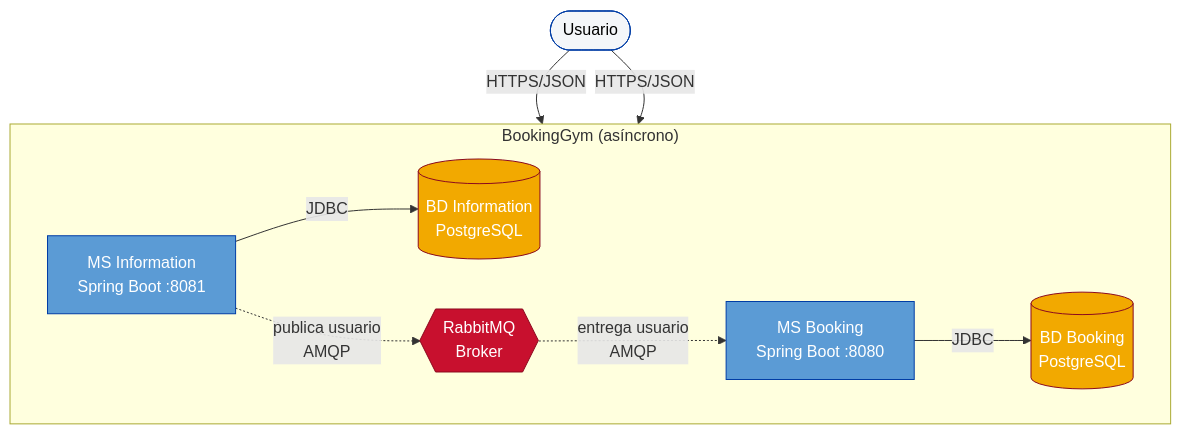
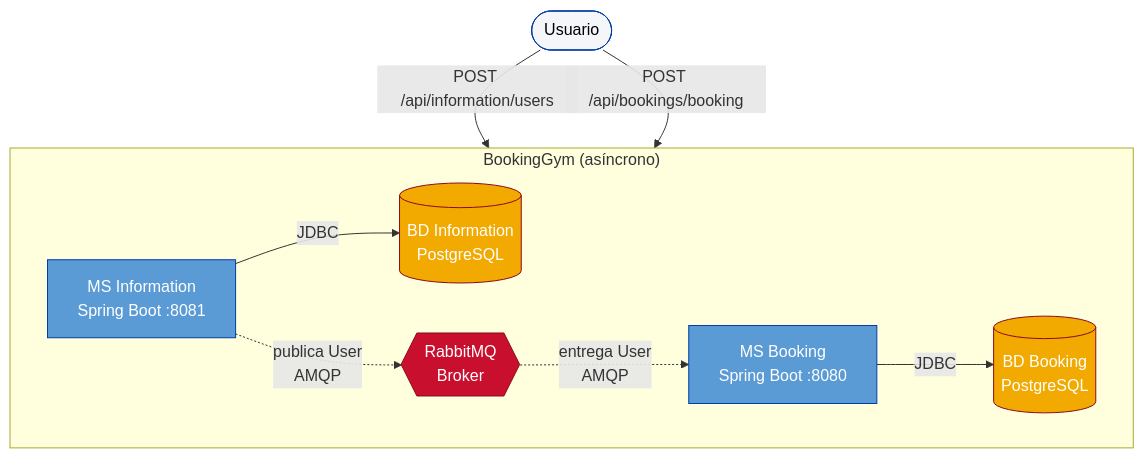
Before and after one commit to arielhurtado/springbootexamples: the fourth of 8 diagrams in BokingGymNewVersion/architecture.md, drawn with Mermaid. The commit also changed other lines of this file, not shown here.

Commit message:
Update architecture complaint with the code

````diff
--- a/BokingGymNewVersion/architecture.md
+++ b/BokingGymNewVersion/architecture.md
@@ -317,31 +322,30 @@
 ```mermaid
 flowchart TB
     subgraph bookinggym["BookingGym (asíncrono)"]
         direction LR
         msB["MS Booking<br/>Spring Boot :8080"]
         msI["MS Information<br/>Spring Boot :8081"]
         dbB[("BD Booking<br/>PostgreSQL")]
         dbI[("BD Information<br/>PostgreSQL")]
         broker{{"RabbitMQ<br/>Broker"}}
     end
 
     usuario(["Usuario"])
 
-    usuario -->|HTTPS/JSON| msI
-    usuario -->|HTTPS/JSON| msB
+    usuario -->|"POST /api/information/users"| msI
+    usuario -->|"POST /api/bookings/booking"| msB
     msI -->|JDBC| dbI
     msB -->|JDBC| dbB
-
-    msI -.->|"publica usuario<br/>AMQP"| broker
-    broker -.->|"entrega usuario<br/>AMQP"| msB
+    msI -.->|"publica User<br/>AMQP"| broker
+    broker -.->|"entrega User<br/>AMQP"| msB
 
     classDef app fill:#5B9BD5,stroke:#003DA5,color:#fff
     classDef db fill:#F2A900,stroke:#8B0A1F,color:#fff
     classDef broker fill:#C8102E,stroke:#8B0A1F,color:#fff
     classDef person fill:#F4F6F9,stroke:#003DA5,color:#000
 
     class msB,msI app
     class dbB,dbI db
     class broker broker
     class usuario person
 ```
````
